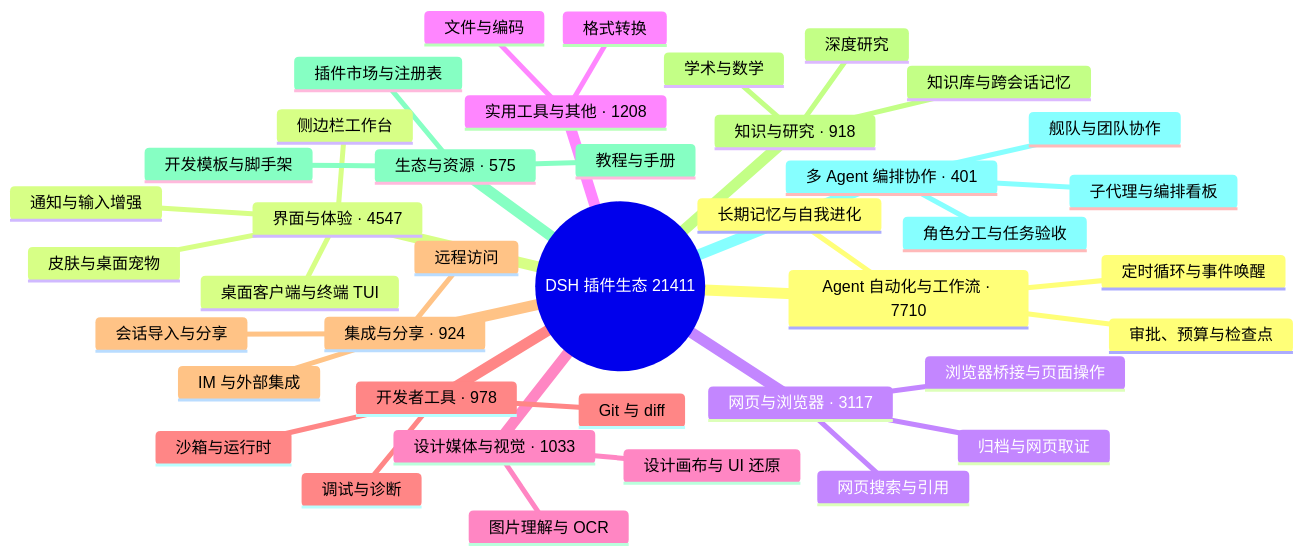
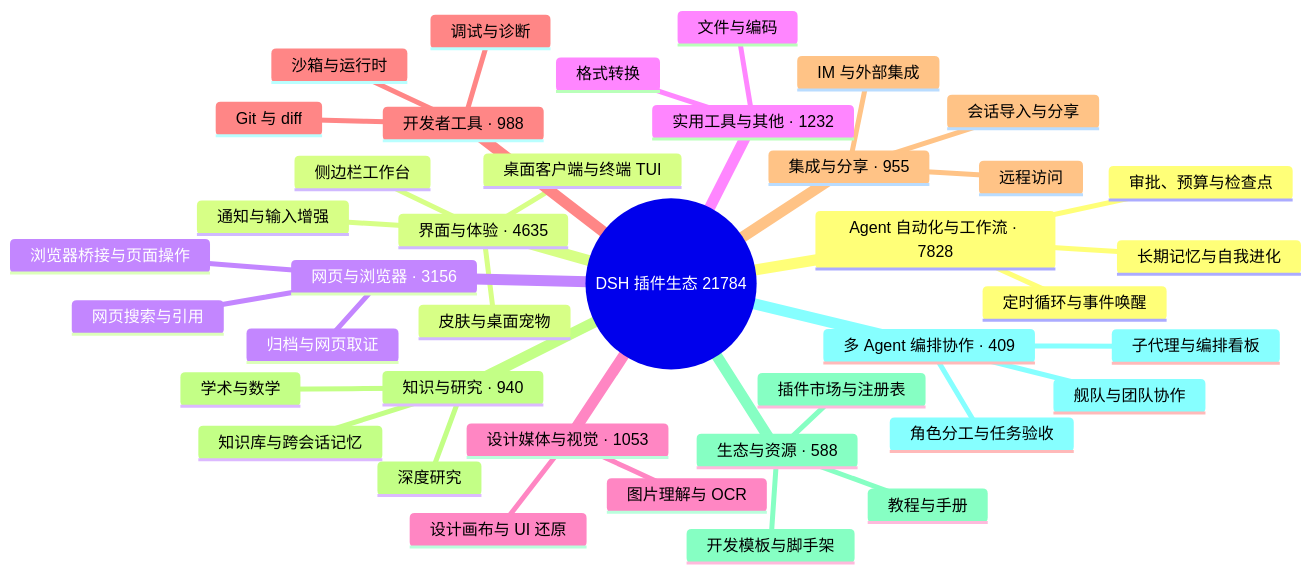
The diagram in README.md (bruc3van/awesome-dsh-plugin), drawn with Mermaid before and after one commit. The commit also changed other lines of this file and 26 other files, not shown here.

````diff
--- a/README.md
+++ b/README.md
@@ -40,43 +40,43 @@
 ```mermaid
 mindmap
-  root((DSH 插件生态 21411))
-    Agent 自动化与工作流 · 7710
+  root((DSH 插件生态 21784))
+    Agent 自动化与工作流 · 7828
       定时循环与事件唤醒
       长期记忆与自我进化
       审批、预算与检查点
-    界面与体验 · 4547
+    界面与体验 · 4635
       桌面客户端与终端 TUI
       侧边栏工作台
       皮肤与桌面宠物
       通知与输入增强
-    网页与浏览器 · 3117
+    网页与浏览器 · 3156
       浏览器桥接与页面操作
       网页搜索与引用
       归档与网页取证
-    实用工具与其他 · 1208
+    实用工具与其他 · 1232
       文件与编码
       格式转换
-    设计媒体与视觉 · 1033
+    设计媒体与视觉 · 1053
       图片理解与 OCR
       设计画布与 UI 还原
-    开发者工具 · 978
+    开发者工具 · 988
       Git 与 diff
       沙箱与运行时
       调试与诊断
-    集成与分享 · 924
+    集成与分享 · 955
       会话导入与分享
       远程访问
       IM 与外部集成
-    知识与研究 · 918
+    知识与研究 · 940
       知识库与跨会话记忆
       深度研究
       学术与数学
-    生态与资源 · 575
+    生态与资源 · 588
       插件市场与注册表
       开发模板与脚手架
       教程与手册
-    多 Agent 编排协作 · 401
+    多 Agent 编排协作 · 409
       子代理与编排看板
       舰队与团队协作
       角色分工与任务验收
 ```
````
